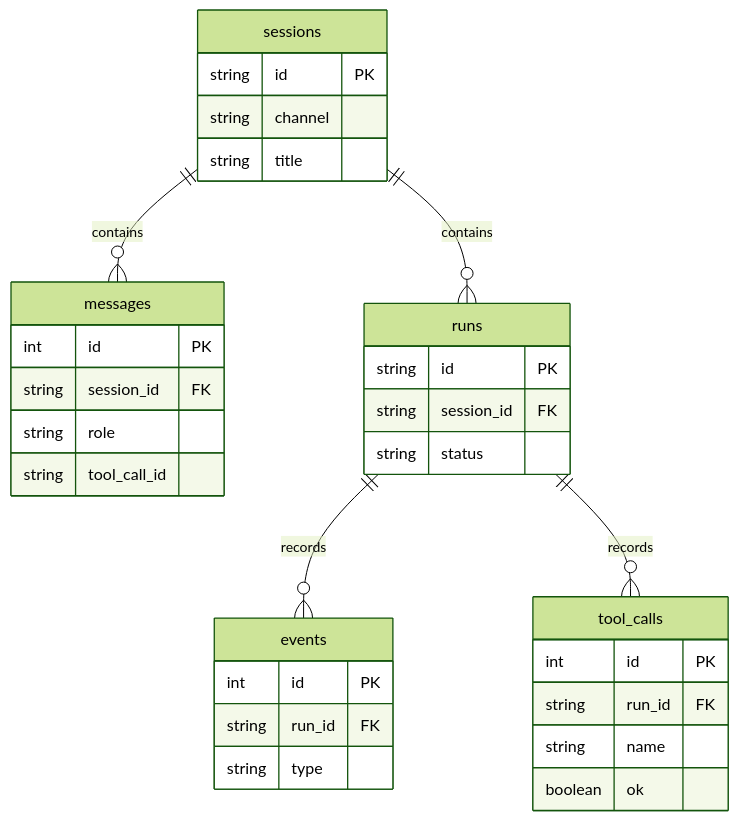
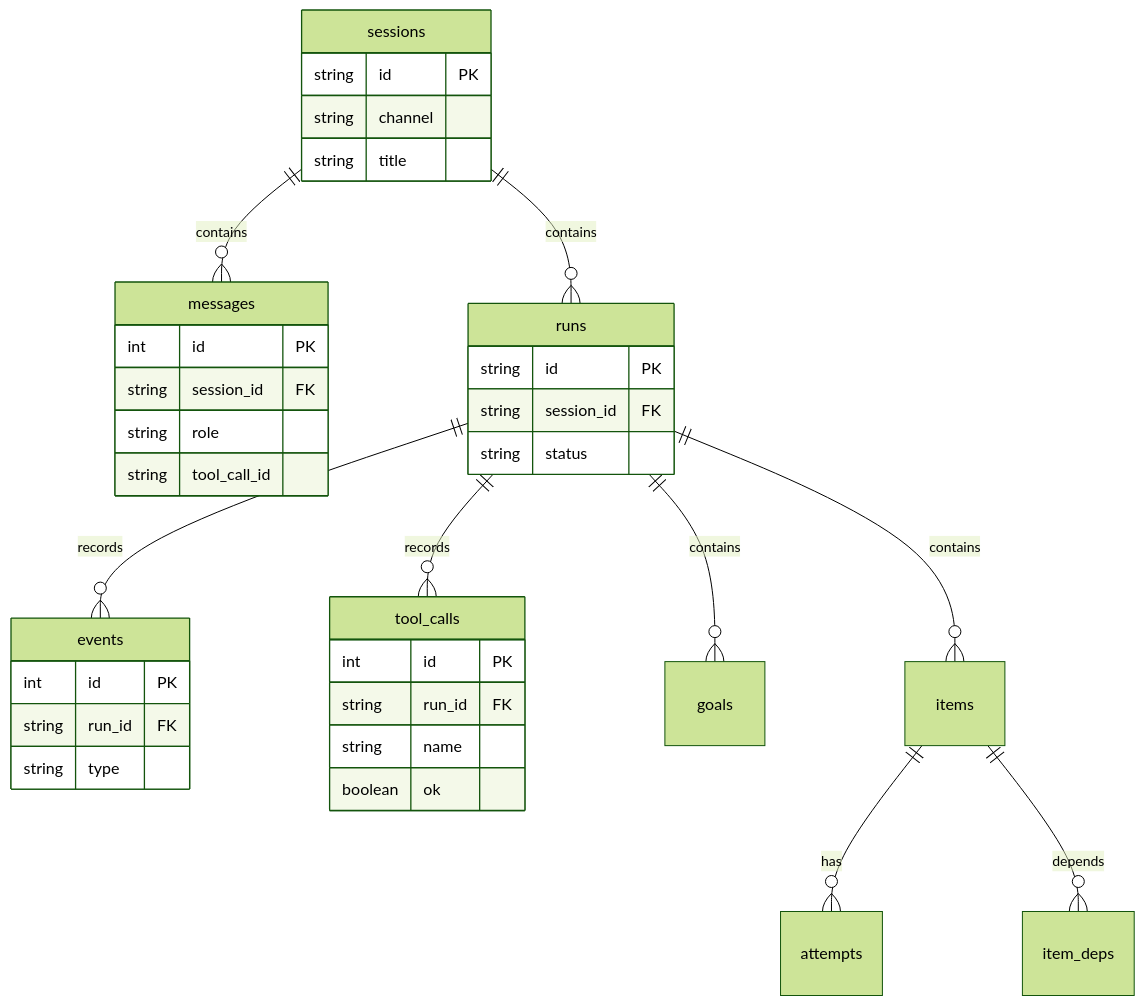
One commit to ShaoLongFei/dongdong changed the third of 3 diagrams in docs/architecture.md. Above: the diagram before and after it, drawn with Mermaid (forest theme). The commit also changed other lines of this file and 8 other files, not shown here.

````diff
--- a/docs/architecture.md
+++ b/docs/architecture.md
@@ -180,34 +184,38 @@
 ```mermaid
 erDiagram
     sessions ||--o{ messages : contains
     sessions ||--o{ runs : contains
     runs ||--o{ events : records
     runs ||--o{ tool_calls : records
     sessions {
         string id PK
         string channel
         string title
     }
     messages {
         int id PK
         string session_id FK
         string role
         string tool_call_id
     }
     runs {
         string id PK
         string session_id FK
         string status
     }
+    runs ||--o{ goals : contains
+    runs ||--o{ items : contains
+    items ||--o{ attempts : has
+    items ||--o{ item_deps : depends
     events {
         int id PK
         string run_id FK
         string type
     }
     tool_calls {
         int id PK
         string run_id FK
         string name
         boolean ok
     }
 ```
````
